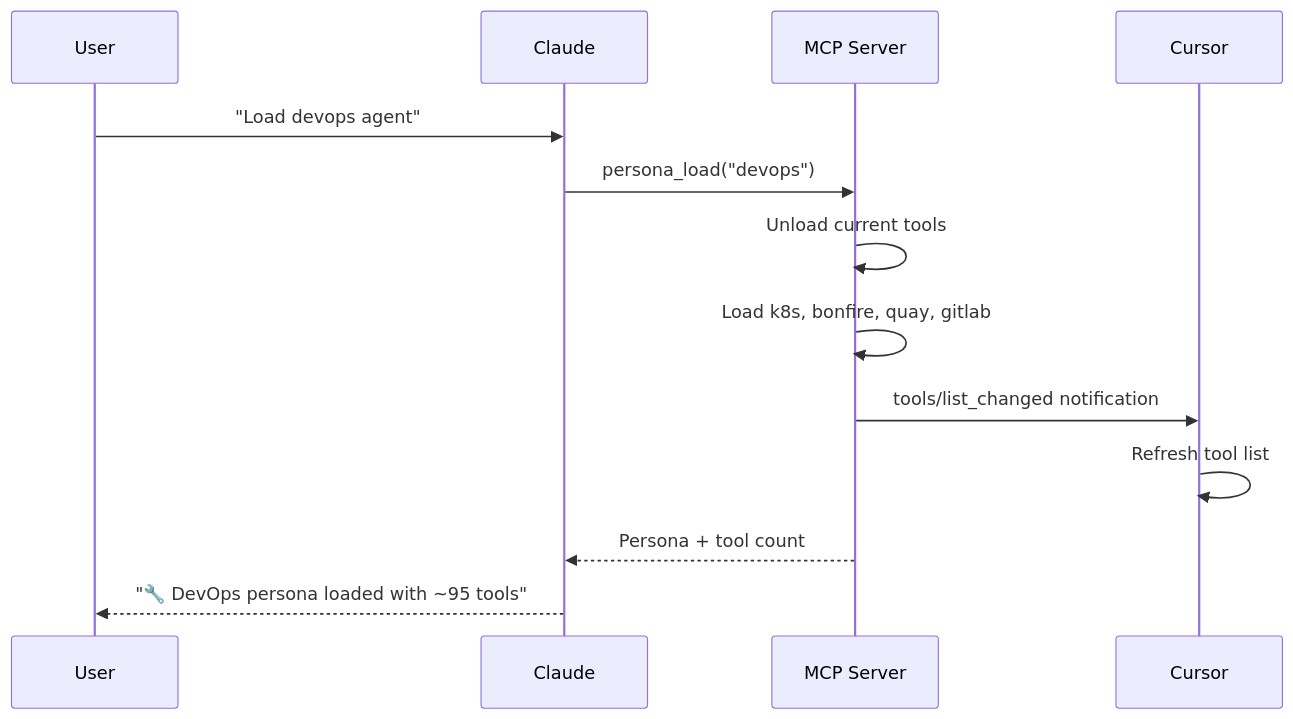
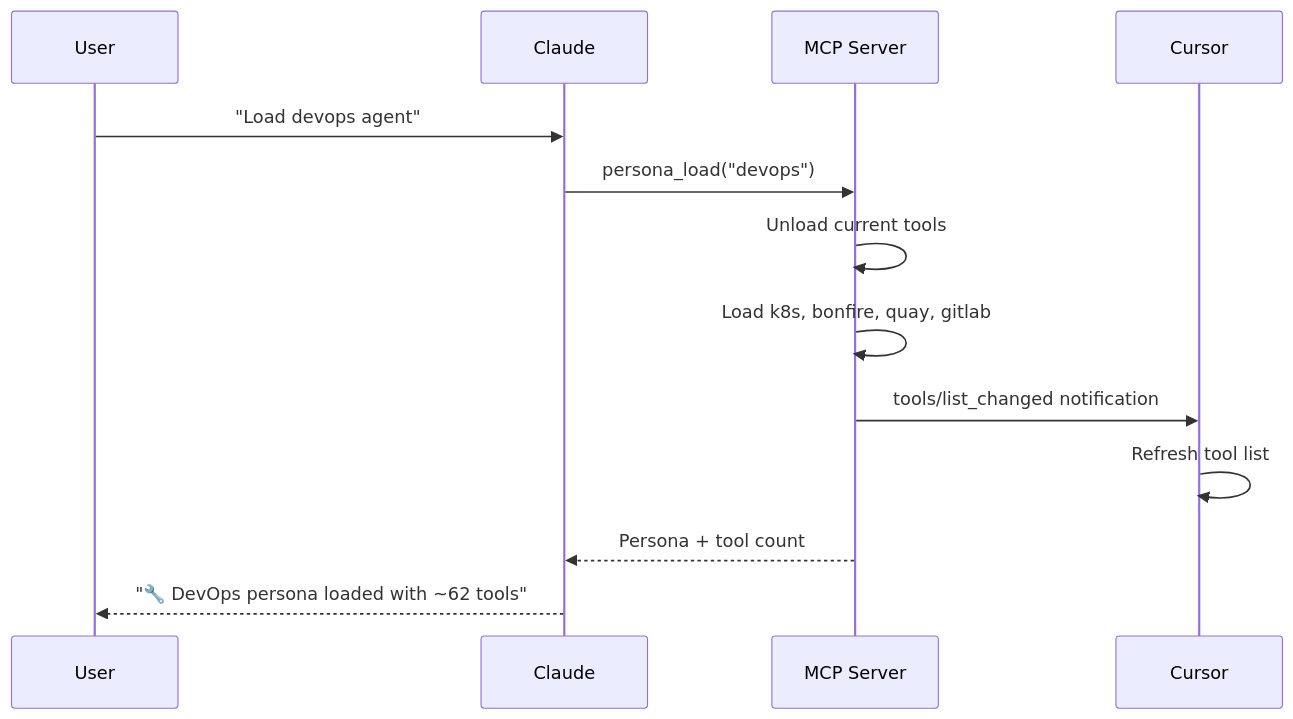
The first of 2 diagrams in docs/personas/README.md (dmzoneill/redhat-ai-workflow), drawn with Mermaid before and after one commit. The commit also changed other lines of this file and 8 other files, not shown here.

````diff
--- a/docs/personas/README.md
+++ b/docs/personas/README.md
@@ -21,16 +21,16 @@
 ```mermaid
 sequenceDiagram
     participant User
     participant Claude
     participant MCP as MCP Server
     participant Cursor
 
     User->>Claude: "Load devops agent"
     Claude->>MCP: persona_load("devops")
     MCP->>MCP: Unload current tools
     MCP->>MCP: Load k8s, bonfire, quay, gitlab
     MCP->>Cursor: tools/list_changed notification
     Cursor->>Cursor: Refresh tool list
     MCP-->>Claude: Persona + tool count
-    Claude-->>User: "🔧 DevOps persona loaded with ~95 tools"
+    Claude-->>User: "🔧 DevOps persona loaded with ~62 tools"
 ```
````
